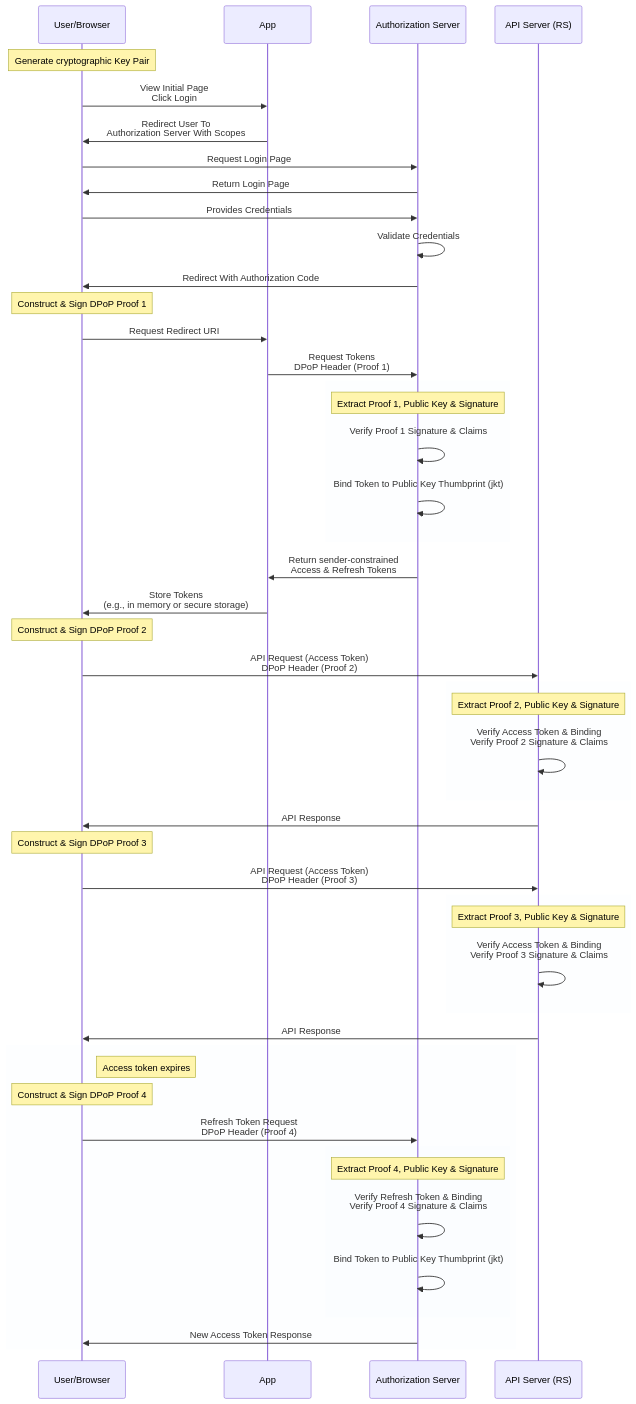
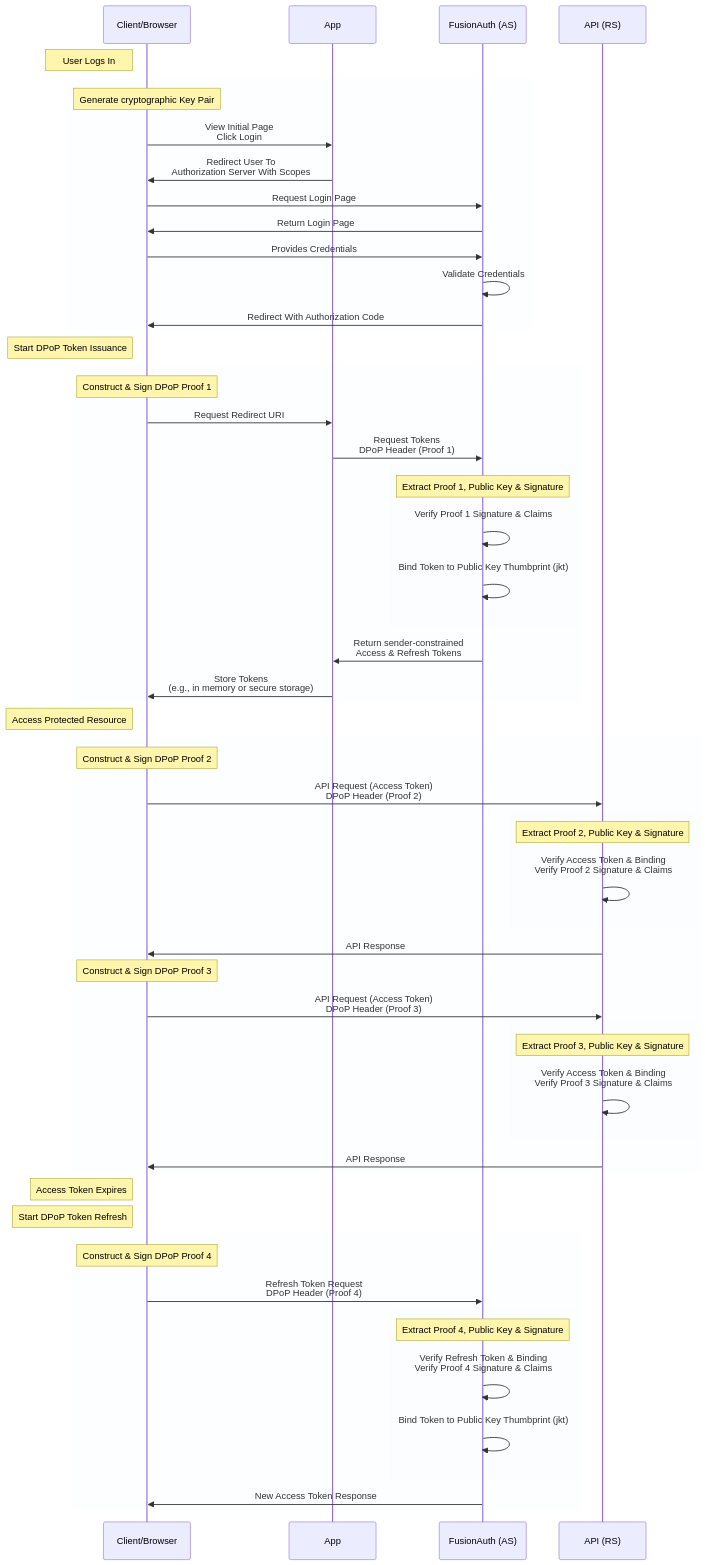
Before and after one commit to FusionAuth/fusionauth-site: the diagram in astro/src/content/docs/lifecycle/authenticate-users/oauth/dpop.mdx, drawn with Mermaid. The commit also changed other lines of this file, not shown here.

Commit message:
feat(dpop): enhance DPoP flow documentation with detailed sequence description

````diff
--- a/astro/src/content/docs/lifecycle/authenticate-users/oauth/dpop.mdx
+++ b/astro/src/content/docs/lifecycle/authenticate-users/oauth/dpop.mdx
@@ -69,58 +69,70 @@
 ```mermaid
 sequenceDiagram
-  participant User as User/Browser
+  participant User as Client/Browser
   participant App
-  participant FusionAuth as Authorization Server
-  participant API as API Server (RS)
+  participant FusionAuth as FusionAuth (AS)
+  participant API as API (RS)
 
-  Note over User: Generate cryptographic Key Pair
+  Note left of User: User Logs In
+  rect rgb(230, 245, 255, .1)
+    Note over User: Generate cryptographic Key Pair
+    User ->> App : View Initial Page<br/>Click Login
+    App ->> User : Redirect User To <br/>Authorization Server With Scopes
+    User ->> FusionAuth : Request Login Page
+    FusionAuth ->> User : Return Login Page
+    User ->> FusionAuth : Provides Credentials
+    FusionAuth ->> FusionAuth : Validate Credentials
+    FusionAuth ->> User : Redirect With Authorization Code
+  end
 
-  User ->> App : View Initial Page<br/>Click Login
-  App ->> User : Redirect User To <br/>Authorization Server With Scopes
-  User ->> FusionAuth : Request Login Page
-  FusionAuth ->> User : Return Login Page
-  User ->> FusionAuth : Provides Credentials
-  FusionAuth ->> FusionAuth : Validate Credentials
-  FusionAuth ->> User : Redirect With Authorization Code
-  Note over User: Construct & Sign DPoP Proof 1
-  User ->> App : Request Redirect URI
-  App ->> FusionAuth : Request Tokens<br/>DPoP Header (Proof 1)
-  rect rgb(230, 245, 255, .1)
-    Note over FusionAuth: Extract Proof 1, Public Key & Signature
-    FusionAuth->>FusionAuth: Verify Proof 1 Signature & Claims<br/>
-    FusionAuth->>FusionAuth: Bind Token to Public Key Thumbprint (jkt)<br/>
-  end
-  FusionAuth ->> App : Return sender-constrained<br/>Access & Refresh Tokens
-  App ->> User : Store Tokens<br/>(e.g., in memory or secure storage)
-
-  Note over User: Construct & Sign DPoP Proof 2
-
-  User->>API: API Request (Access Token)<br/>DPoP Header (Proof 2)
-  rect rgb(230, 245, 255, .1)
-    Note over API: Extract Proof 2, Public Key & Signature
-    API->>API: Verify Access Token & Binding<br/>Verify Proof 2 Signature & Claims<br/>
-  end
-  API->>User: API Response
-
-  Note over User: Construct & Sign DPoP Proof 3
-
-  User->>API: API Request (Access Token)<br/>DPoP Header (Proof 3)
-  rect rgb(230, 245, 255, .1)
-    Note over API: Extract Proof 3, Public Key & Signature
-    API->>API: Verify Access Token & Binding<br/>Verify Proof 3 Signature & Claims<br/>
-  end
-  API->>User: API Response
+  Note left of User: Start DPoP Token Issuance
 
   rect rgb(230, 245, 255, .1)
-    Note right of User: Access token expires
+    Note over User: Construct & Sign DPoP Proof 1
+    User ->> App : Request Redirect URI
+    App ->> FusionAuth : Request Tokens<br/>DPoP Header (Proof 1)
+    rect rgb(230, 245, 255, .1)
+      Note over FusionAuth: Extract Proof 1, Public Key & Signature
+      FusionAuth->>FusionAuth: Verify Proof 1 Signature & Claims<br/>
+      FusionAuth->>FusionAuth: Bind Token to Public Key Thumbprint (jkt)<br/>
+    end
+    FusionAuth ->> App : Return sender-constrained<br/>Access & Refresh Tokens
+    App ->> User : Store Tokens<br/>(e.g., in memory or secure storage)
+  end
 
+  Note left of User: Access Protected Resource
+
+  rect rgb(230, 245, 255, .1)
+    Note over User: Construct & Sign DPoP Proof 2
+
+    User->>API: API Request (Access Token)<br/>DPoP Header (Proof 2)
+    rect rgb(230, 245, 255, .1)
+      Note over API: Extract Proof 2, Public Key & Signature
+      API->>API: Verify Access Token & Binding<br/>Verify Proof 2 Signature & Claims<br/>
+    end
+    API->>User: API Response
+
+    Note over User: Construct & Sign DPoP Proof 3
+
+    User->>API: API Request (Access Token)<br/>DPoP Header (Proof 3)
+    rect rgb(230, 245, 255, .1)
+      Note over API: Extract Proof 3, Public Key & Signature
+      API->>API: Verify Access Token & Binding<br/>Verify Proof 3 Signature & Claims<br/>
+    end
+    API->>User: API Response
+  end
+
+  Note left of User: Access Token Expires
+  Note left of User: Start DPoP Token Refresh
+
+  rect rgb(230, 245, 255, .1)
     Note over User: Construct & Sign DPoP Proof 4
     User->>FusionAuth: Refresh Token Request<br/>DPoP Header (Proof 4)
     rect rgb(230, 245, 255, .1)
       Note over FusionAuth: Extract Proof 4, Public Key & Signature
       FusionAuth->>FusionAuth: Verify Refresh Token & Binding<br/>Verify Proof 4 Signature & Claims<br/>
       FusionAuth->>FusionAuth: Bind Token to Public Key Thumbprint (jkt)<br/>
     end
     FusionAuth->>User: New Access Token Response
   end
 ```
````
